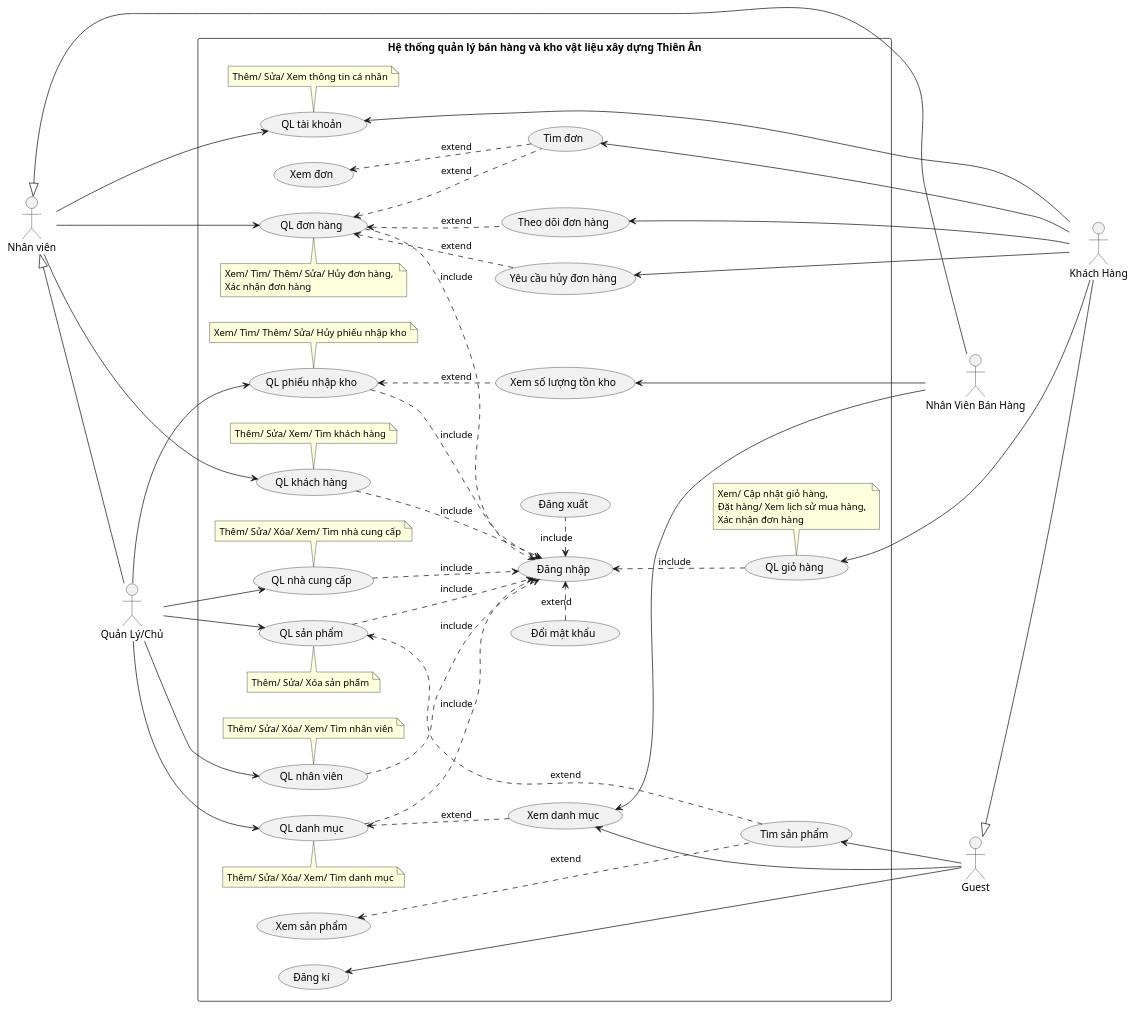
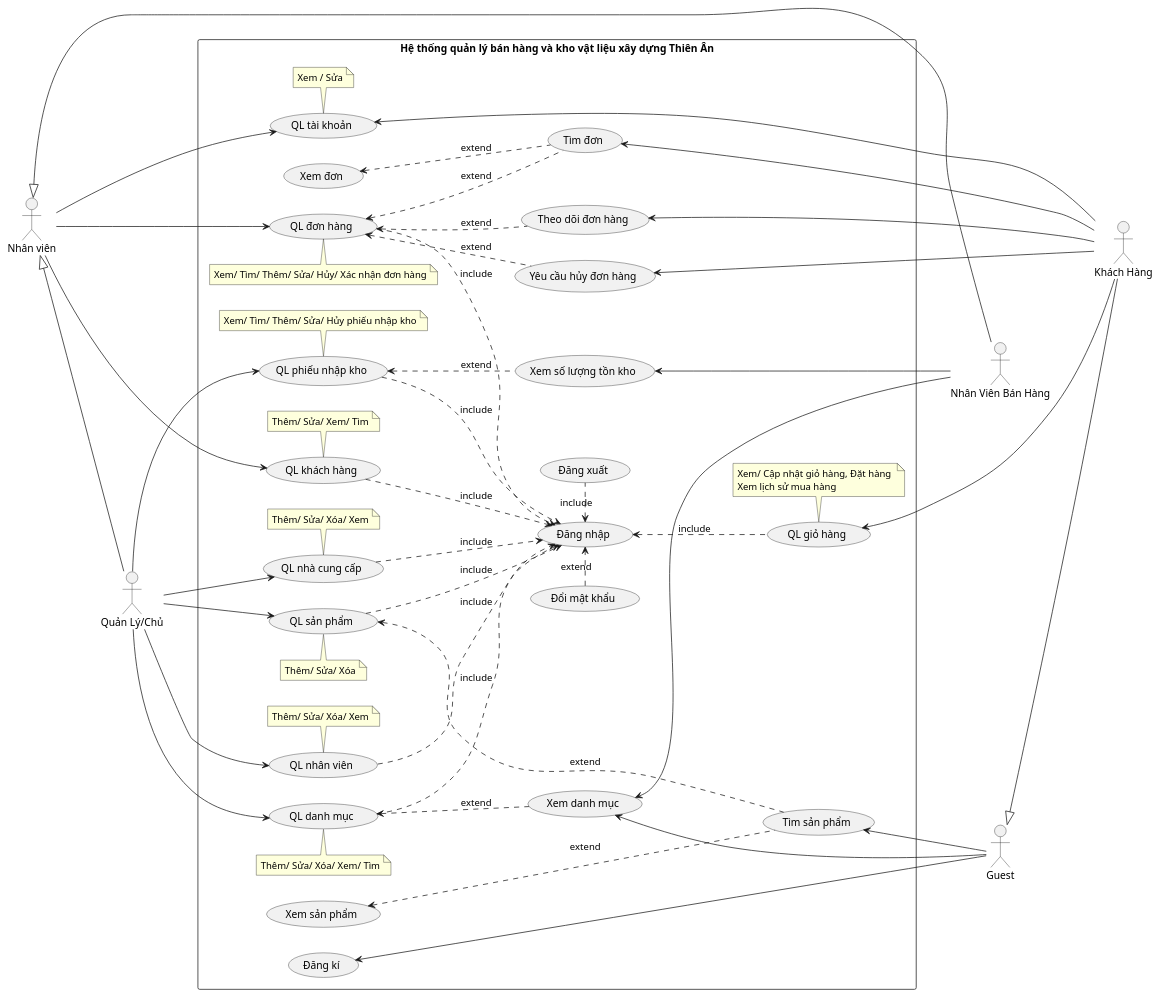
One commit to ThanhdatOris/LAB2211 changed the diagram in assets/plantuml/Oris/Oris-NewUC.puml. Above: the diagram before and after it, drawn with PlantUML.

```diff
--- a/assets/plantuml/Oris/Oris-NewUC.puml
+++ b/assets/plantuml/Oris/Oris-NewUC.puml
@@ -1,144 +1,144 @@
 @startuml SinooUC
 
 skinparam shadowing false
 left to right direction
 
 '------------- Actor -------------
 
 actor "Nhân viên" as NV
 actor "Quản Lý/Chủ" as NVQL
 actor "Nhân Viên Bán Hàng" as NVBH
 actor "Guest" as GUEST
 actor "Khách Hàng" as KH
 
     '----------- Kế thừa -----------
 
     ' NVQL --|> NV
     NV <|-- NVQL
     ' NVBH --|> NV
     NV <|-- NVBH
     ' KH --|> GUEST
     GUEST <|-- KH
 
 '------------- Boundary -------------
 
 rectangle "Hệ thống quản lý bán hàng và kho vật liệu xây dựng Thiên Ân" {
 
     '>>>>>>>>>>>>>>> Khai báo >>>>>>>>>>>>>>>
 
     '------------- UceeCase Tổng quát -------------
 
     'Quản lý Tài khoản
     (QL tài khoản) as QLTK
     'Quản lý Danh mục
     (QL danh mục) as QLDMSP
     'Quản lý Kho hàng
     (QL phiếu nhập kho) as QLKHO
     'Quản lý Nhân viên
     (QL nhân viên) as QLNV
     'Quản lý Nhà cung cấp
     (QL nhà cung cấp) as QLNCC
     'Quản lý Đơn hàng
     (QL đơn hàng) as QLDH
     'Quản lý Sản phẩm
     (QL sản phẩm) as QLSP
     'Quản lý Giỏ hàng
     (QL giỏ hàng) as QLGH
     'Quản lý Khách hàng
     (QL khách hàng) as QLKH
 
-    note bottom of QLTK: Thêm/ Sửa/ Xem thông tin cá nhân
-    note top of QLDMSP: Thêm/ Sửa/ Xóa/ Xem/ Tìm danh mục
+    note bottom of QLTK: Xem / Sửa
+    note top of QLDMSP: Thêm/ Sửa/ Xóa/ Xem/ Tìm
     note bottom of QLKHO: Xem/ Tìm/ Thêm/ Sửa/ Hủy phiếu nhập kho
-    note bottom of QLNV: Thêm/ Sửa/ Xóa/ Xem/ Tìm nhân viên
-    note bottom of QLNCC: Thêm/ Sửa/ Xóa/ Xem/ Tìm nhà cung cấp
-    note top of QLDH: Xem/ Tìm/ Thêm/ Sửa/ Hủy đơn hàng, \nXác nhận đơn hàng
-    note top of QLSP: Thêm/ Sửa/ Xóa sản phẩm
-    note bottom of QLGH: Xem/ Cập nhật giỏ hàng, \nĐặt hàng/ Xem lịch sử mua hàng, \nXác nhận đơn hàng
-    note bottom of QLKH: Thêm/ Sửa/ Xem/ Tìm khách hàng
+    note bottom of QLNV: Thêm/ Sửa/ Xóa/ Xem
+    note bottom of QLNCC: Thêm/ Sửa/ Xóa/ Xem
+    note top of QLDH: Xem/ Tìm/ Thêm/ Sửa/ Hủy/ Xác nhận đơn hàng
+    note top of QLSP: Thêm/ Sửa/ Xóa
+    note bottom of QLGH: Xem/ Cập nhật giỏ hàng, Đặt hàng \nXem lịch sử mua hàng
+    note bottom of QLKH: Thêm/ Sửa/ Xem/ Tìm
 
     '------------- UceeCase Chi tiết -------------
 
     (Xem danh mục) as XEM_DMSP
     (Xem số lượng tồn kho) as XEM_HANG
     (Tìm đơn) as TIM_DH
     (Xem đơn) as XEM_DH
     (Theo dõi đơn hàng) as THEO_DOI_DH
     (Yêu cầu hủy đơn hàng) as YCHUY_DH
     (Xem sản phẩm) as XEM_SP
     (Tìm sản phẩm) as TIM_SP
     
     (Đăng xuất) as Logout
     (Đăng nhập) as Login
     (Đăng kí) as SignUp
     (Đổi mật khẩu) as ChangePass
 
     '>>>>>>>>>>>>>>> Hướng >>>>>>>>>>>>>>
 
     Login <. Logout: include
     ChangePass .> Login : extend
     
     'Tất cả các usecase đều include Login
     QLDMSP ..> Login : include
     QLDH ..> Login : include
     QLSP ..> Login : include
     QLNCC ..> Login : include
     QLKH ..> Login : include
     QLNV ..> Login : include
     QLKHO ..> Login : include
     Login <.. QLGH: include
 
     '----------- Nhân viên (Parent) -----------
     
     NV --> QLDH
     NV --> QLTK
     NV --> QLKH
 
     '----------- Quản lý -----------
 
     NVQL --> QLDMSP
     NVQL --> QLKHO
     NVQL --> QLNV
     NVQL --> QLNCC
     NVQL --> QLSP
 
     'Sản phẩm
     QLSP <... TIM_SP: extend
 
     'Danh mục sp
     QLDMSP <.. XEM_DMSP: extend
 
     'Kho hàng
     QLKHO <.. XEM_HANG  : extend
 
     'Đơn hàng
     QLDH <.. TIM_DH: extend
 
     '----------- Nhân Viên Bán Hàng -----------
 
     ' NVBH ---> XEM_HANG
     ' NVBH --> XEM_DMSP
 
     XEM_HANG <--- NVBH
     XEM_DMSP <--- NVBH
 
     '----------- Khách Hàng -----------
 
     SignUp <- GUEST
     TIM_SP <-- GUEST
     XEM_DMSP <-- GUEST
 
     XEM_SP <... TIM_SP: extend
     XEM_DH <.. TIM_DH: extend
 
     QLDH <.. YCHUY_DH: extend
     QLDH <.. THEO_DOI_DH: extend
 
     QLGH <-- KH
     QLTK <- KH
     YCHUY_DH <-- KH
     THEO_DOI_DH <-- KH
     TIM_DH <-- KH
 }
 
 @enduml
```
